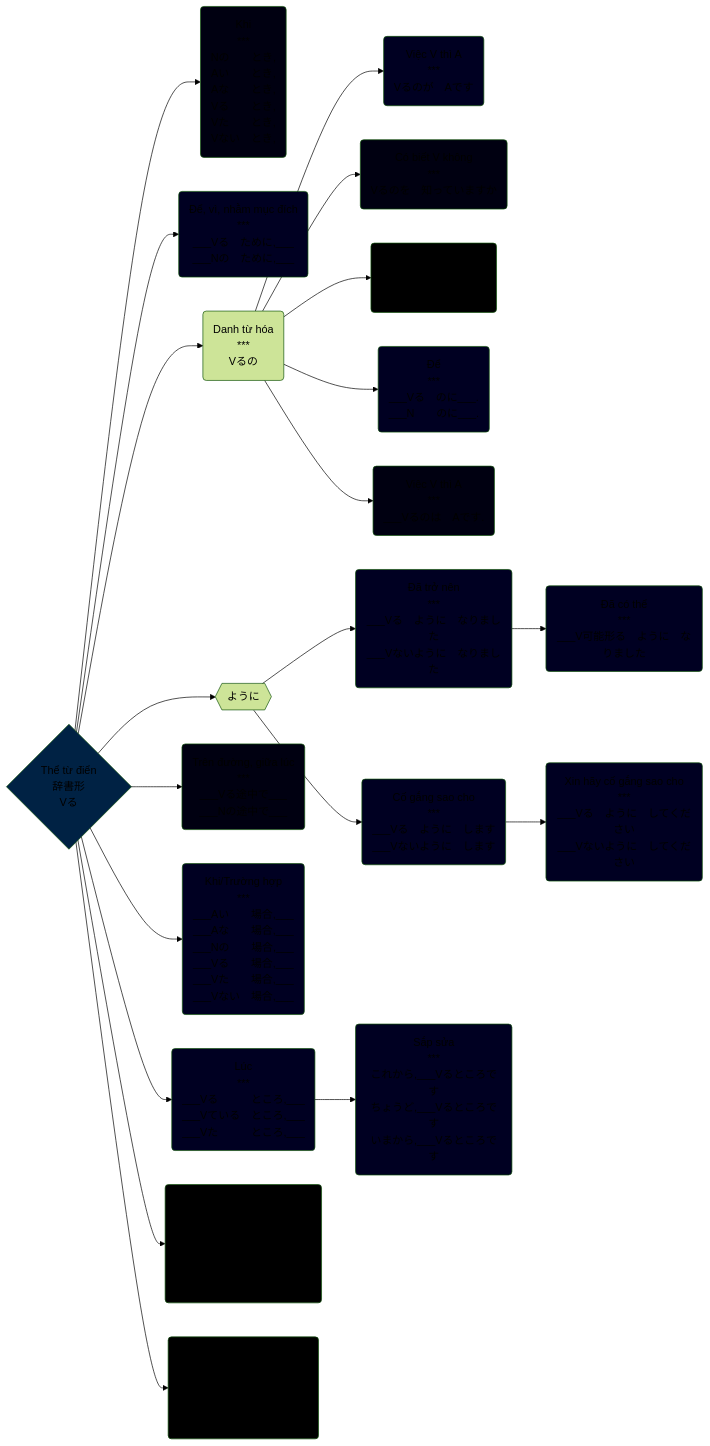
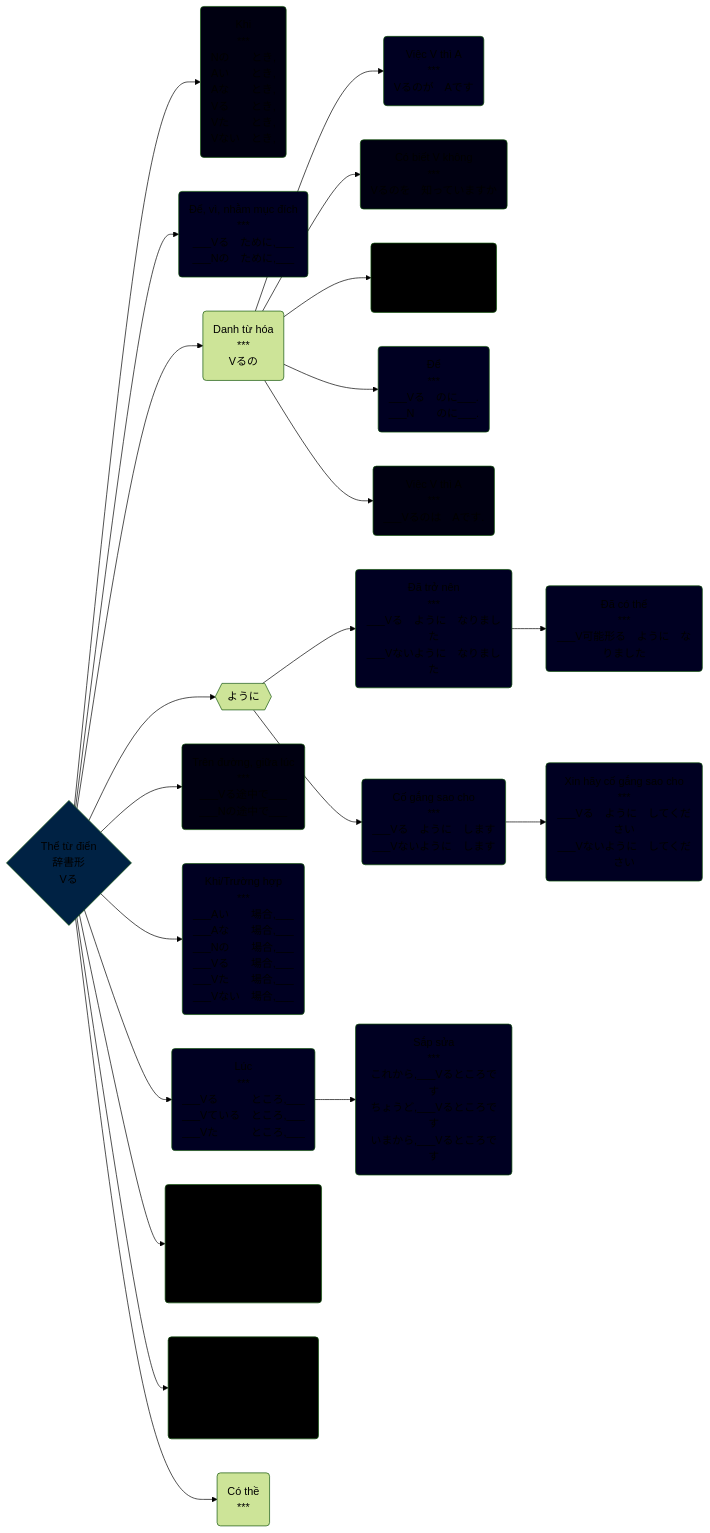
Before and after one commit to tea1504/learn: the diagram in The/辞書形.md, drawn with Mermaid (forest theme).

Commit message:
20230930②

````diff
--- a/The/辞書形.md
+++ b/The/辞書形.md
@@ -2,43 +2,44 @@
 ```mermaid
 graph LR;
     V{Thể từ điển\n辞書形\nVる}
 
     V-->khi(Khi\n***\nNの　　とき,\nAい　　とき,\nAな　　とき,\nVる　　とき,\nVた　　とき,\nVない　とき,)
     V-->nhamMucDich(Để, vì, nhằm mục đích\n***\n___Vる　ために,___\n___Nの　ために,___)
     V-->danhTuHoa(Danh từ hóa\n***\nVるの)
     danhTuHoa-->viecVthiAGa(Việc V thì A\n***\nVるのが　Aです)
     danhTuHoa-->coBietVKhong(Có biết V không\n***\nVるのを　知っていますか)
     danhTuHoa-->daQuenV(Đã quên V\n***\nVるのを　忘れました)
     danhTuHoa-->de(Để\n***\n___Vる　のに___.\n___N　　のに___.)
     danhTuHoa-->viecVThiAHa(Việc V thì A\n***\n___Vるのは　Aです.)
     V-->youni{{ように}}
     youni-->daTroNen(Đã trở nên\n***\n___Vる　ように　なりました\n___Vないように　なりました)
     daTroNen-->daCoThe(Đã có thể\n***\n___V可能形る　ように　なりました)
     V-->trenDuongGiuaLuc(Trên đường, giữa lúc\n***\n___Vる途中で___\n___Nの途中で___)
     youni-->coGangSaoCho(Cố gắng sao cho\n***\n___Vる　ように　します\n___Vないように　します)
     coGangSaoCho-->xinHayCoGangSaoCho(Xin hãy cố gắng sao cho\n***\n___Vる　ように　してください\n___Vないように　してください)
     V-->truongHop(Khi/Trường hợp\n***\n___Aい　　場合,___\n___Aな　　場合,___\n___Nの　　場合,___\n___Vる　　場合,___\n___Vた　　場合,___\n___Vない　場合,___)
     V-->luc(Lúc\n***\n___Vる　　　ところ,___\n___Vている　ところ,___\n___Vた　　　ところ,___)
     luc-->sapSua(Sắp sửa\n***\nこれから,___Vるところです\nちょうど,___Vるところです\nいまから,___Vるところです)
     V-->dinh(Định\n***\n___は　Nを　　Vるつもりです.\n___は　Nを　Vないつもりです.)
     V-->truocKhi(Trước khi\n***\n___は　ｖる　まえに,　ｖ\n___は　ｎの　まえに,　ｖ\n___は　ｔｇ　まえに,　ｖ)
+    V-->coThe(Có thề\n***\n)
 
     style V fill:#024
     style coBietVKhong fill:#001
     style coGangSaoCho fill:#002
     style daCoThe fill:#002
     style daQuenV fill:#000
     style daTroNen fill:#002
     style de fill:#002
     style dinh fill:#000
     style khi fill:#001
     style luc fill:#002
     style nhamMucDich fill:#002
     style sapSua fill:#002
     style trenDuongGiuaLuc fill:#001
     style truocKhi fill:#000
     style truongHop fill:#002
     style viecVthiAGa fill:#002
     style viecVThiAHa fill:#001
     style xinHayCoGangSaoCho fill:#002
 ```
````
